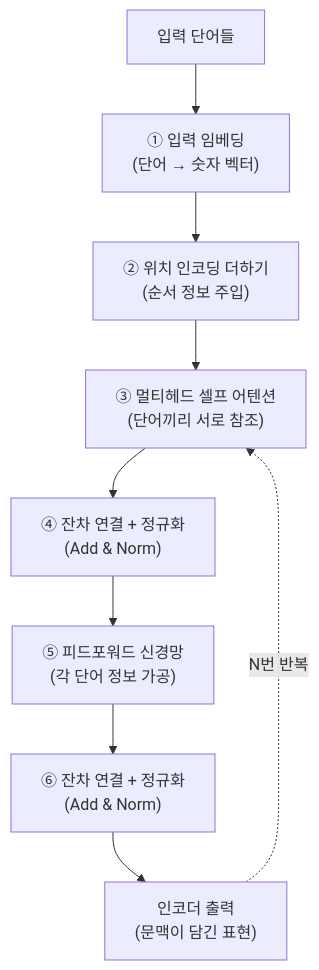
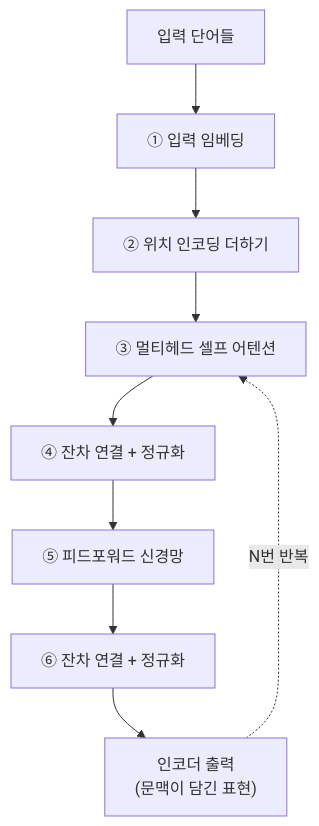
The first of 3 diagrams in _posts/2026-11-23-transformer-encoder.md (shm3041/shm3041.github.io), drawn with Mermaid before and after one commit. The commit also changed other lines of this file and 7 other files, not shown here.

````diff
--- a/_posts/2026-11-23-transformer-encoder.md
+++ b/_posts/2026-11-23-transformer-encoder.md
@@ -25,11 +24,11 @@
 ```mermaid
 flowchart TD
-    A["입력 단어들"] --> B["① 입력 임베딩<br/>(단어 → 숫자 벡터)"]
-    B --> C["② 위치 인코딩 더하기<br/>(순서 정보 주입)"]
-    C --> D["③ 멀티헤드 셀프 어텐션<br/>(단어끼리 서로 참조)"]
-    D --> E["④ 잔차 연결 + 정규화<br/>(Add & Norm)"]
-    E --> F["⑤ 피드포워드 신경망<br/>(각 단어 정보 가공)"]
-    F --> G["⑥ 잔차 연결 + 정규화<br/>(Add & Norm)"]
+    A["입력 단어들"] --> B["① 입력 임베딩"]
+    B --> C["② 위치 인코딩 더하기"]
+    C --> D["③ 멀티헤드 셀프 어텐션"]
+    D --> E["④ 잔차 연결 + 정규화"]
+    E --> F["⑤ 피드포워드 신경망"]
+    F --> G["⑥ 잔차 연결 + 정규화"]
     G --> H["인코더 출력<br/>(문맥이 담긴 표현)"]
     H -. "N번 반복" .-> D
 ```
````
